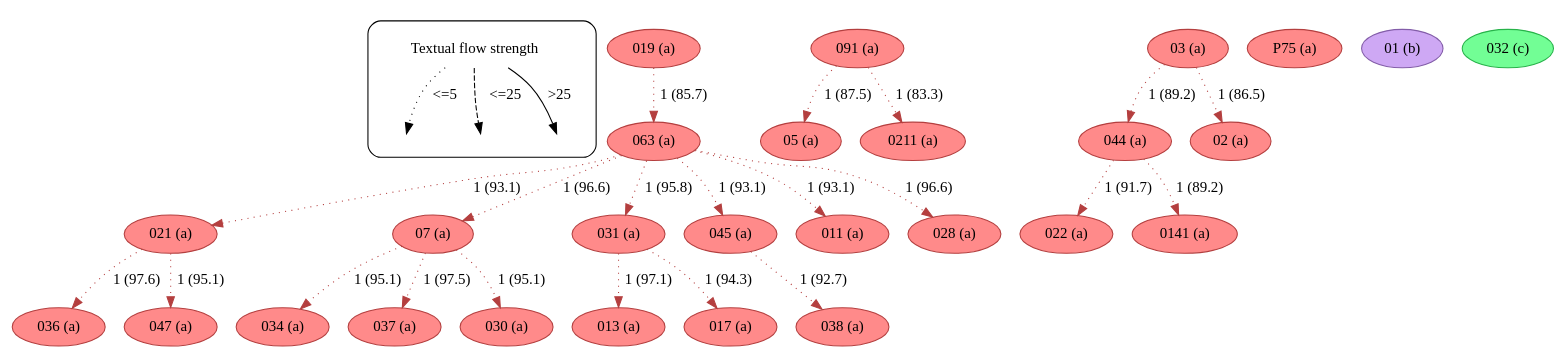
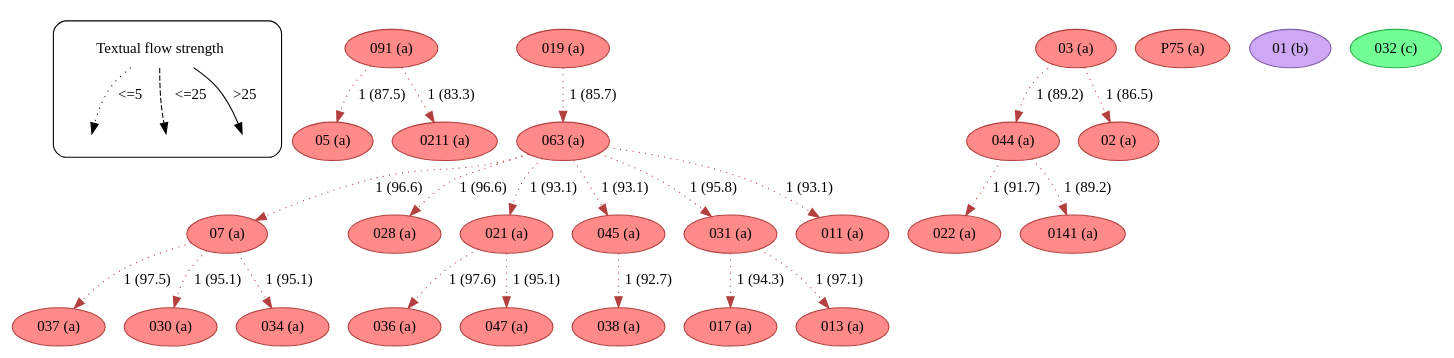
One commit to edmondac/CBGM changed the diagram in example/c2/textual_flow_23_12-16_c2.dot. Above: the diagram before and after it, drawn with Graphviz. The commit also changed other lines of this file and 163 other files, not shown here.

```diff
--- a/example/c2/textual_flow_23_12-16_c2.dot
+++ b/example/c2/textual_flow_23_12-16_c2.dot
@@ -1,197 +1,197 @@
 strict digraph  {
 	node [label="\N"];
 	subgraph cluster_legend {
 		graph [style=rounded];
 		leg_s		 [label="Textual flow strength",
 			shape=plaintext];
 		leg_e1		 [fixedsize=True,
 			height=0.2,
 			label="",
 			style=invis];
 		leg_s -> leg_e1		 [label="<=5  ",
 			style=dotted];
 		leg_e2		 [fixedsize=True,
 			height=0.2,
 			label="",
 			style=invis];
 		leg_s -> leg_e2		 [label="  <=25",
 			style=dashed];
 		leg_e3		 [fixedsize=True,
 			height=0.2,
 			label="",
 			style=invis];
 		leg_s -> leg_e3		 [label=">25",
 			style=solid];
 	}
-	021	 [color="#b43f3f",
-		fillcolor="#FF8A8A",
-		label="021 (a)",
-		style=filled];
-	036	 [color="#b43f3f",
-		fillcolor="#FF8A8A",
-		label="036 (a)",
-		style=filled];
-	021 -> 036	 [color="#b43f3f",
-		label="1 (97.6)",
-		style=dotted];
-	047	 [color="#b43f3f",
-		fillcolor="#FF8A8A",
-		label="047 (a)",
-		style=filled];
-	021 -> 047	 [color="#b43f3f",
-		label="1 (95.1)",
-		style=dotted];
-	07	 [color="#b43f3f",
-		fillcolor="#FF8A8A",
-		label="07 (a)",
-		style=filled];
-	034	 [color="#b43f3f",
-		fillcolor="#FF8A8A",
-		label="034 (a)",
-		style=filled];
-	07 -> 034	 [color="#b43f3f",
-		label="1 (95.1)",
-		style=dotted];
-	037	 [color="#b43f3f",
-		fillcolor="#FF8A8A",
-		label="037 (a)",
-		style=filled];
-	07 -> 037	 [color="#b43f3f",
-		label="1 (97.5)",
-		style=dotted];
-	030	 [color="#b43f3f",
-		fillcolor="#FF8A8A",
-		label="030 (a)",
-		style=filled];
-	07 -> 030	 [color="#b43f3f",
-		label="1 (95.1)",
-		style=dotted];
-	031	 [color="#b43f3f",
-		fillcolor="#FF8A8A",
-		label="031 (a)",
-		style=filled];
-	013	 [color="#b43f3f",
-		fillcolor="#FF8A8A",
-		label="013 (a)",
-		style=filled];
-	031 -> 013	 [color="#b43f3f",
-		label="1 (97.1)",
-		style=dotted];
-	017	 [color="#b43f3f",
-		fillcolor="#FF8A8A",
-		label="017 (a)",
-		style=filled];
-	031 -> 017	 [color="#b43f3f",
-		label="1 (94.3)",
-		style=dotted];
-	063	 [color="#b43f3f",
-		fillcolor="#FF8A8A",
-		label="063 (a)",
-		style=filled];
-	063 -> 021	 [color="#b43f3f",
-		label="1 (93.1)",
-		style=dotted];
-	063 -> 07	 [color="#b43f3f",
-		label="1 (96.6)",
-		style=dotted];
-	063 -> 031	 [color="#b43f3f",
-		label="1 (95.8)",
-		style=dotted];
-	045	 [color="#b43f3f",
-		fillcolor="#FF8A8A",
-		label="045 (a)",
-		style=filled];
-	063 -> 045	 [color="#b43f3f",
-		label="1 (93.1)",
-		style=dotted];
-	011	 [color="#b43f3f",
-		fillcolor="#FF8A8A",
-		label="011 (a)",
-		style=filled];
-	063 -> 011	 [color="#b43f3f",
-		label="1 (93.1)",
-		style=dotted];
-	028	 [color="#b43f3f",
-		fillcolor="#FF8A8A",
-		label="028 (a)",
-		style=filled];
-	063 -> 028	 [color="#b43f3f",
-		label="1 (96.6)",
-		style=dotted];
-	038	 [color="#b43f3f",
-		fillcolor="#FF8A8A",
-		label="038 (a)",
-		style=filled];
-	045 -> 038	 [color="#b43f3f",
-		label="1 (92.7)",
-		style=dotted];
 	091	 [color="#b43f3f",
 		fillcolor="#FF8A8A",
 		label="091 (a)",
 		style=filled];
 	05	 [color="#b43f3f",
 		fillcolor="#FF8A8A",
 		label="05 (a)",
 		style=filled];
 	091 -> 05	 [color="#b43f3f",
 		label="1 (87.5)",
 		style=dotted];
 	0211	 [color="#b43f3f",
 		fillcolor="#FF8A8A",
 		label="0211 (a)",
 		style=filled];
 	091 -> 0211	 [color="#b43f3f",
 		label="1 (83.3)",
 		style=dotted];
+	063	 [color="#b43f3f",
+		fillcolor="#FF8A8A",
+		label="063 (a)",
+		style=filled];
+	07	 [color="#b43f3f",
+		fillcolor="#FF8A8A",
+		label="07 (a)",
+		style=filled];
+	063 -> 07	 [color="#b43f3f",
+		label="1 (96.6)",
+		style=dotted];
+	028	 [color="#b43f3f",
+		fillcolor="#FF8A8A",
+		label="028 (a)",
+		style=filled];
+	063 -> 028	 [color="#b43f3f",
+		label="1 (96.6)",
+		style=dotted];
+	021	 [color="#b43f3f",
+		fillcolor="#FF8A8A",
+		label="021 (a)",
+		style=filled];
+	063 -> 021	 [color="#b43f3f",
+		label="1 (93.1)",
+		style=dotted];
+	045	 [color="#b43f3f",
+		fillcolor="#FF8A8A",
+		label="045 (a)",
+		style=filled];
+	063 -> 045	 [color="#b43f3f",
+		label="1 (93.1)",
+		style=dotted];
+	031	 [color="#b43f3f",
+		fillcolor="#FF8A8A",
+		label="031 (a)",
+		style=filled];
+	063 -> 031	 [color="#b43f3f",
+		label="1 (95.8)",
+		style=dotted];
+	011	 [color="#b43f3f",
+		fillcolor="#FF8A8A",
+		label="011 (a)",
+		style=filled];
+	063 -> 011	 [color="#b43f3f",
+		label="1 (93.1)",
+		style=dotted];
+	037	 [color="#b43f3f",
+		fillcolor="#FF8A8A",
+		label="037 (a)",
+		style=filled];
+	07 -> 037	 [color="#b43f3f",
+		label="1 (97.5)",
+		style=dotted];
+	030	 [color="#b43f3f",
+		fillcolor="#FF8A8A",
+		label="030 (a)",
+		style=filled];
+	07 -> 030	 [color="#b43f3f",
+		label="1 (95.1)",
+		style=dotted];
+	034	 [color="#b43f3f",
+		fillcolor="#FF8A8A",
+		label="034 (a)",
+		style=filled];
+	07 -> 034	 [color="#b43f3f",
+		label="1 (95.1)",
+		style=dotted];
+	036	 [color="#b43f3f",
+		fillcolor="#FF8A8A",
+		label="036 (a)",
+		style=filled];
+	021 -> 036	 [color="#b43f3f",
+		label="1 (97.6)",
+		style=dotted];
+	047	 [color="#b43f3f",
+		fillcolor="#FF8A8A",
+		label="047 (a)",
+		style=filled];
+	021 -> 047	 [color="#b43f3f",
+		label="1 (95.1)",
+		style=dotted];
+	03	 [color="#b43f3f",
+		fillcolor="#FF8A8A",
+		label="03 (a)",
+		style=filled];
 	044	 [color="#b43f3f",
 		fillcolor="#FF8A8A",
 		label="044 (a)",
 		style=filled];
+	03 -> 044	 [color="#b43f3f",
+		label="1 (89.2)",
+		style=dotted];
+	02	 [color="#b43f3f",
+		fillcolor="#FF8A8A",
+		label="02 (a)",
+		style=filled];
+	03 -> 02	 [color="#b43f3f",
+		label="1 (86.5)",
+		style=dotted];
 	022	 [color="#b43f3f",
 		fillcolor="#FF8A8A",
 		label="022 (a)",
 		style=filled];
 	044 -> 022	 [color="#b43f3f",
 		label="1 (91.7)",
 		style=dotted];
 	0141	 [color="#b43f3f",
 		fillcolor="#FF8A8A",
 		label="0141 (a)",
 		style=filled];
 	044 -> 0141	 [color="#b43f3f",
 		label="1 (89.2)",
 		style=dotted];
-	03	 [color="#b43f3f",
+	038	 [color="#b43f3f",
 		fillcolor="#FF8A8A",
-		label="03 (a)",
+		label="038 (a)",
 		style=filled];
-	03 -> 044	 [color="#b43f3f",
-		label="1 (89.2)",
+	045 -> 038	 [color="#b43f3f",
+		label="1 (92.7)",
 		style=dotted];
-	02	 [color="#b43f3f",
+	017	 [color="#b43f3f",
 		fillcolor="#FF8A8A",
-		label="02 (a)",
+		label="017 (a)",
 		style=filled];
-	03 -> 02	 [color="#b43f3f",
-		label="1 (86.5)",
+	031 -> 017	 [color="#b43f3f",
+		label="1 (94.3)",
+		style=dotted];
+	013	 [color="#b43f3f",
+		fillcolor="#FF8A8A",
+		label="013 (a)",
+		style=filled];
+	031 -> 013	 [color="#b43f3f",
+		label="1 (97.1)",
 		style=dotted];
 	019	 [color="#b43f3f",
 		fillcolor="#FF8A8A",
 		label="019 (a)",
 		style=filled];
 	019 -> 063	 [color="#b43f3f",
 		label="1 (85.7)",
 		style=dotted];
 	P75	 [color="#b43f3f",
 		fillcolor="#FF8A8A",
 		label="P75 (a)",
 		style=filled];
 	01	 [color="#835da9",
 		fillcolor="#CEA8F4",
 		label="01 (b)",
 		style=filled];
 	032	 [color="#27b34a",
 		fillcolor="#72FE95",
 		label="032 (c)",
 		style=filled];
 }
```
